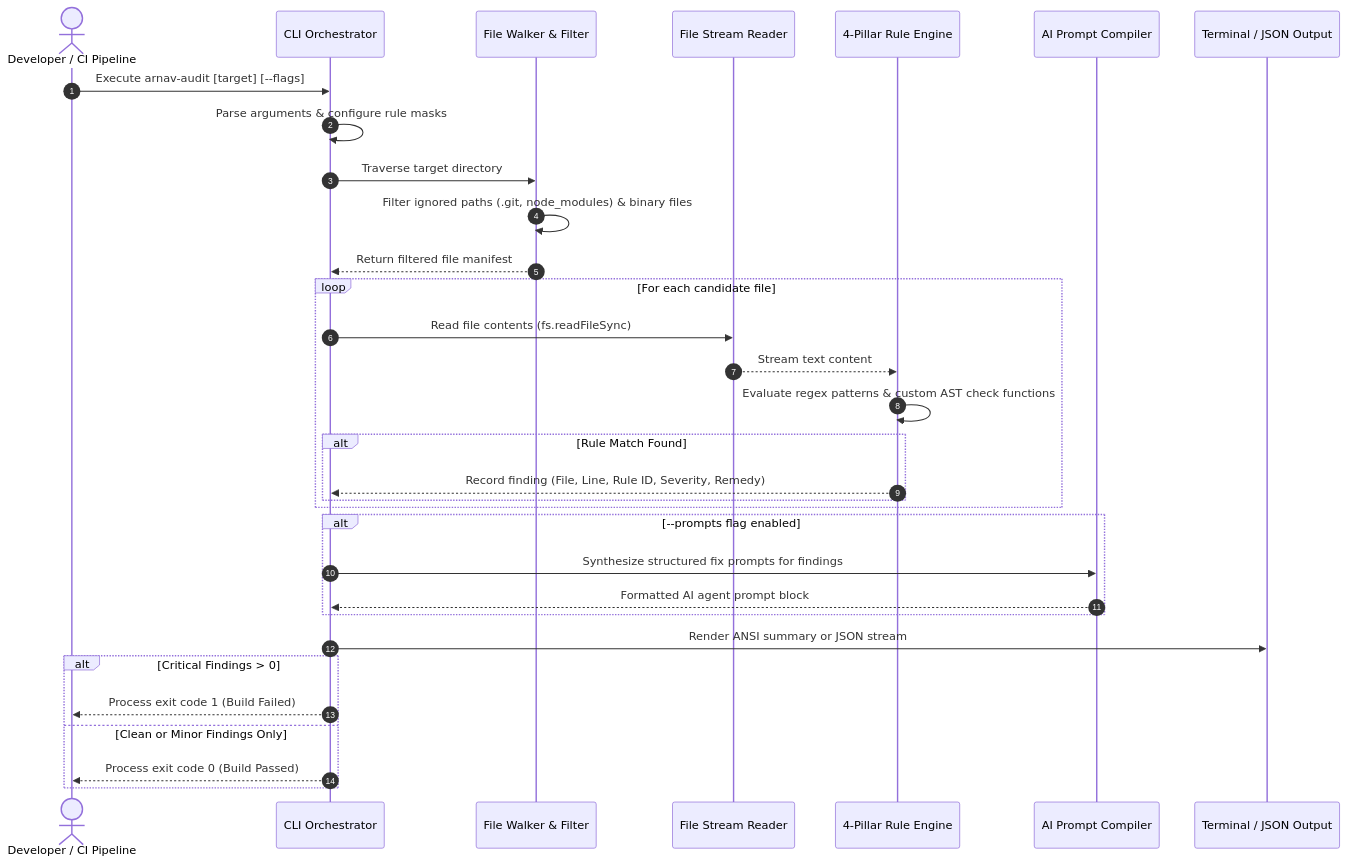
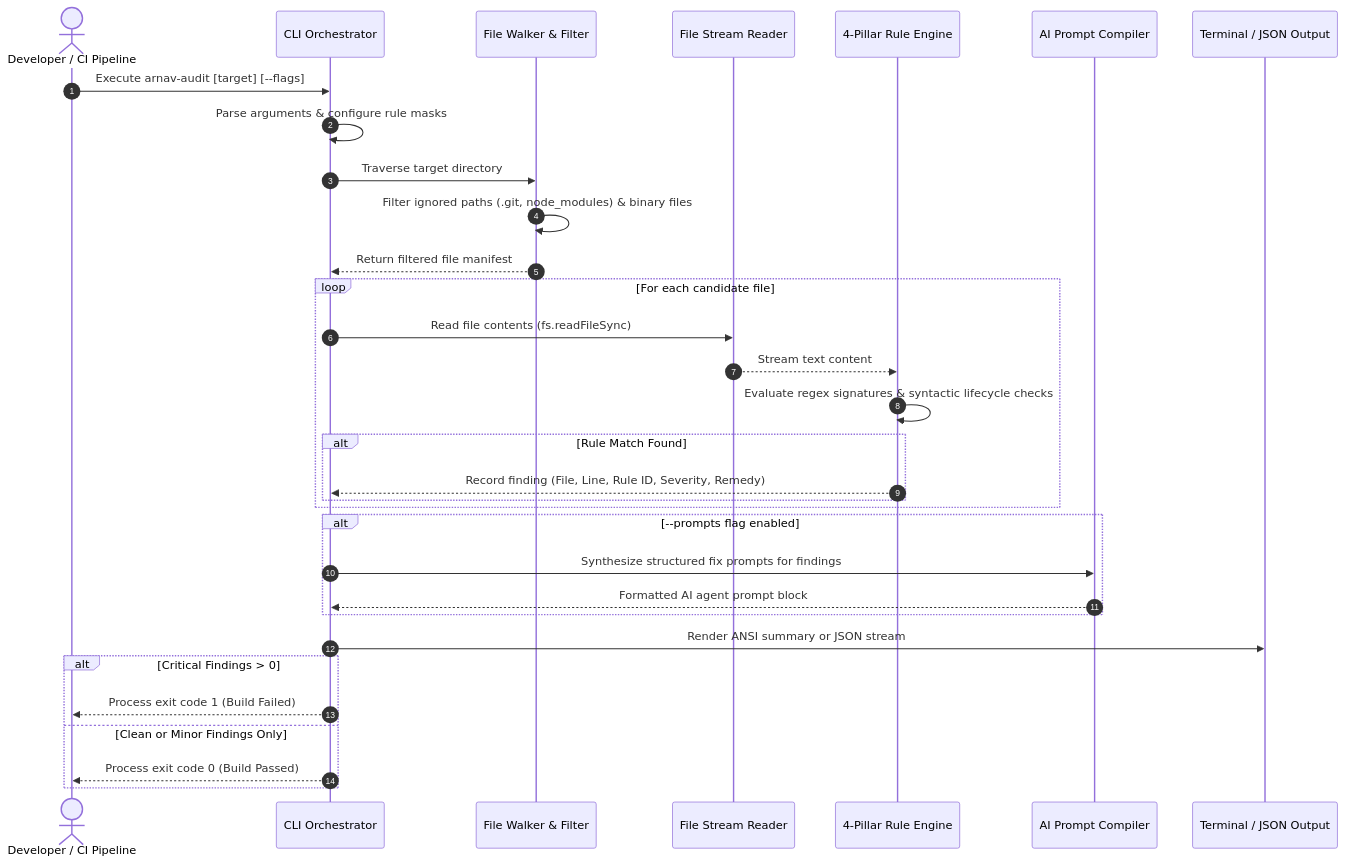
One commit to arnnnnaaavvvvv/MEJOR changed the second of 5 diagrams in README.md. Above: the diagram before and after it, drawn with Mermaid. The commit also changed other lines of this file, not shown here.

Commit message:
docs: refine positioning as developer security & code quality tool with pattern & lifecycle checks

````diff
--- a/README.md
+++ b/README.md
@@ -293,38 +295,38 @@
 ```mermaid
 sequenceDiagram
     autonumber
     actor Dev as Developer / CI Pipeline
     participant CLI as CLI Orchestrator
     participant Walker as File Walker & Filter
     participant Reader as File Stream Reader
     participant Rules as 4-Pillar Rule Engine
     participant PromptGen as AI Prompt Compiler
     participant Console as Terminal / JSON Output
 
     Dev->>CLI: Execute arnav-audit [target] [--flags]
     CLI->>CLI: Parse arguments & configure rule masks
     CLI->>Walker: Traverse target directory
     Walker->>Walker: Filter ignored paths (.git, node_modules) & binary files
     Walker-->>CLI: Return filtered file manifest
 
     loop For each candidate file
         CLI->>Reader: Read file contents (fs.readFileSync)
         Reader-->>Rules: Stream text content
-        Rules->>Rules: Evaluate regex patterns & custom AST check functions
+        Rules->>Rules: Evaluate regex signatures & syntactic lifecycle checks
         alt Rule Match Found
             Rules-->>CLI: Record finding (File, Line, Rule ID, Severity, Remedy)
         end
     end
 
     alt --prompts flag enabled
         CLI->>PromptGen: Synthesize structured fix prompts for findings
         PromptGen-->>CLI: Formatted AI agent prompt block
     end
 
     CLI->>Console: Render ANSI summary or JSON stream
     alt Critical Findings > 0
         CLI-->>Dev: Process exit code 1 (Build Failed)
     else Clean or Minor Findings Only
         CLI-->>Dev: Process exit code 0 (Build Passed)
     end
 ```
````
